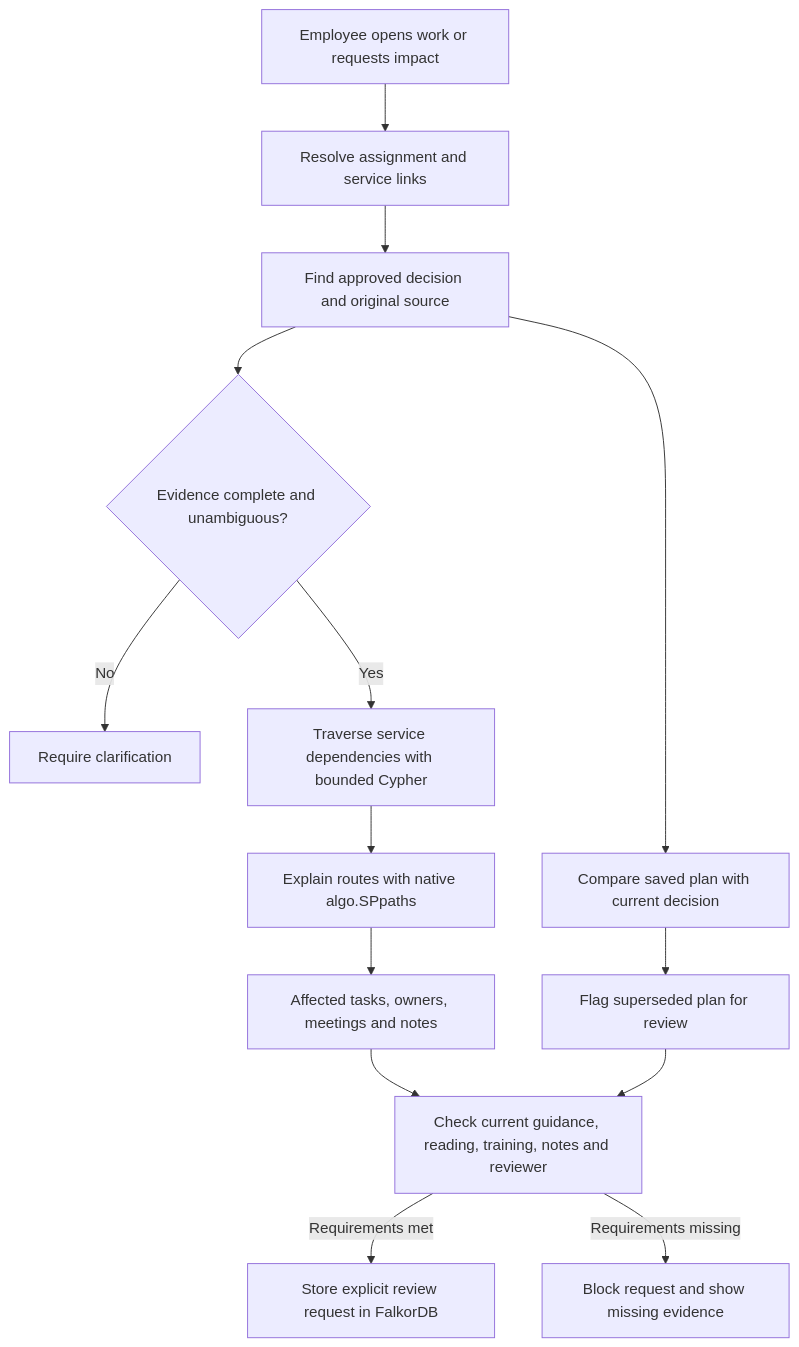
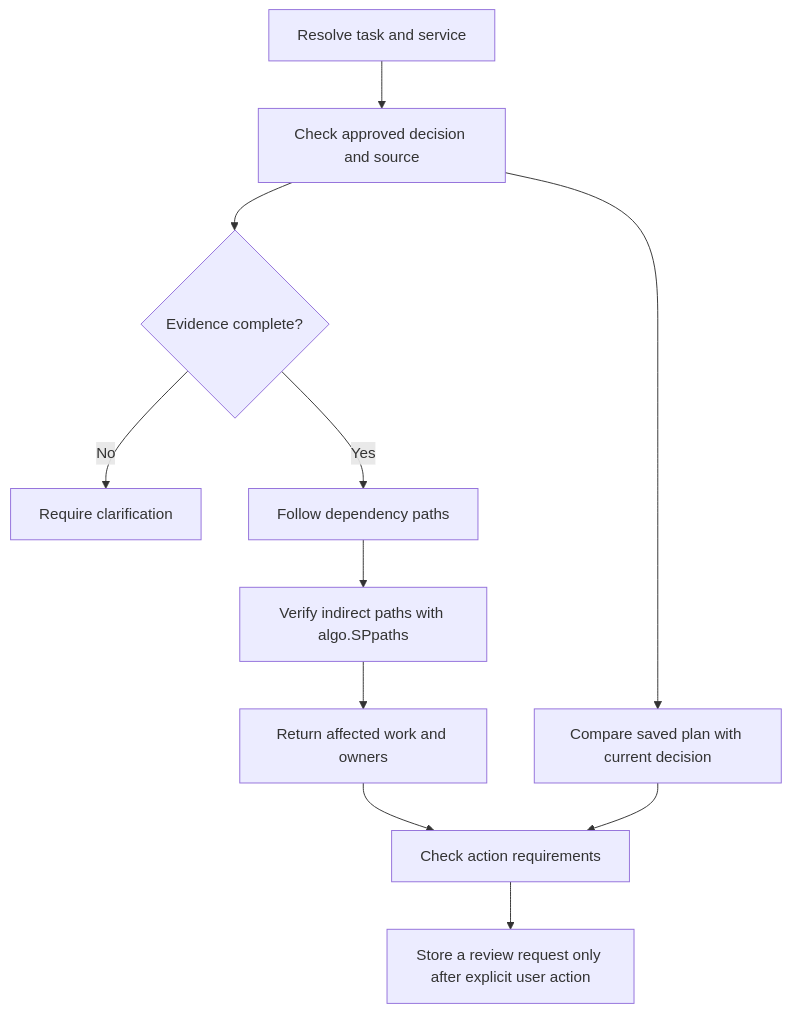
The third of 3 diagrams in README.md (sasivarnan/workweave-falkordb), drawn with Mermaid before and after one commit. The commit also changed other lines of this file and 1 other file, not shown here.

````diff
--- a/README.md
+++ b/README.md
@@ -182,16 +95,13 @@
 ```mermaid
 flowchart TD
-    Request[Employee opens work or requests impact] --> Task[Resolve assignment and service links]
-    Task --> Decision[Find approved decision and original source]
-    Decision --> Authority{Evidence complete and unambiguous?}
-    Authority -->|No| Clarify[Require clarification]
-    Authority -->|Yes| Paths[Traverse service dependencies with bounded Cypher]
-    Paths --> Explain[Explain routes with native algo.SPpaths]
-    Explain --> Result[Affected tasks, owners, meetings and notes]
-    Decision --> Version[Compare saved plan with current decision]
-    Version --> Stale[Flag superseded plan for review]
-    Result --> Checks[Check current guidance, reading, training, notes and reviewer]
-    Stale --> Checks
-    Checks -->|Requirements met| Save[Store explicit review request in FalkorDB]
-    Checks -->|Requirements missing| Block[Block request and show missing evidence]
+    Task[Resolve task and service] --> Decision[Check approved decision and source]
+    Decision --> Valid{Evidence complete?}
+    Valid -->|No| Clarify[Require clarification]
+    Valid -->|Yes| Paths[Follow dependency paths]
+    Paths --> Explain[Verify indirect paths with algo.SPpaths]
+    Explain --> Result[Return affected work and owners]
+    Decision --> Plan[Compare saved plan with current decision]
+    Result --> Gate[Check action requirements]
+    Plan --> Gate
+    Gate --> Save[Store a review request only after explicit user action]
 ```
````
